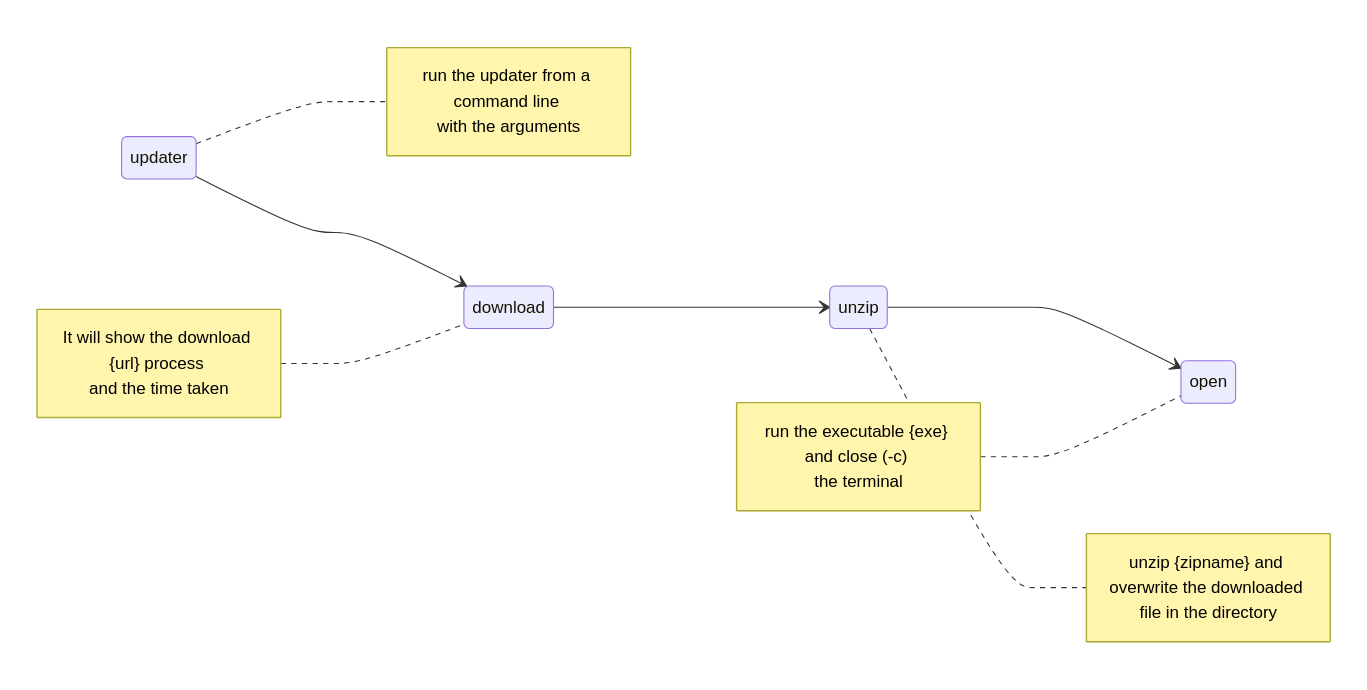
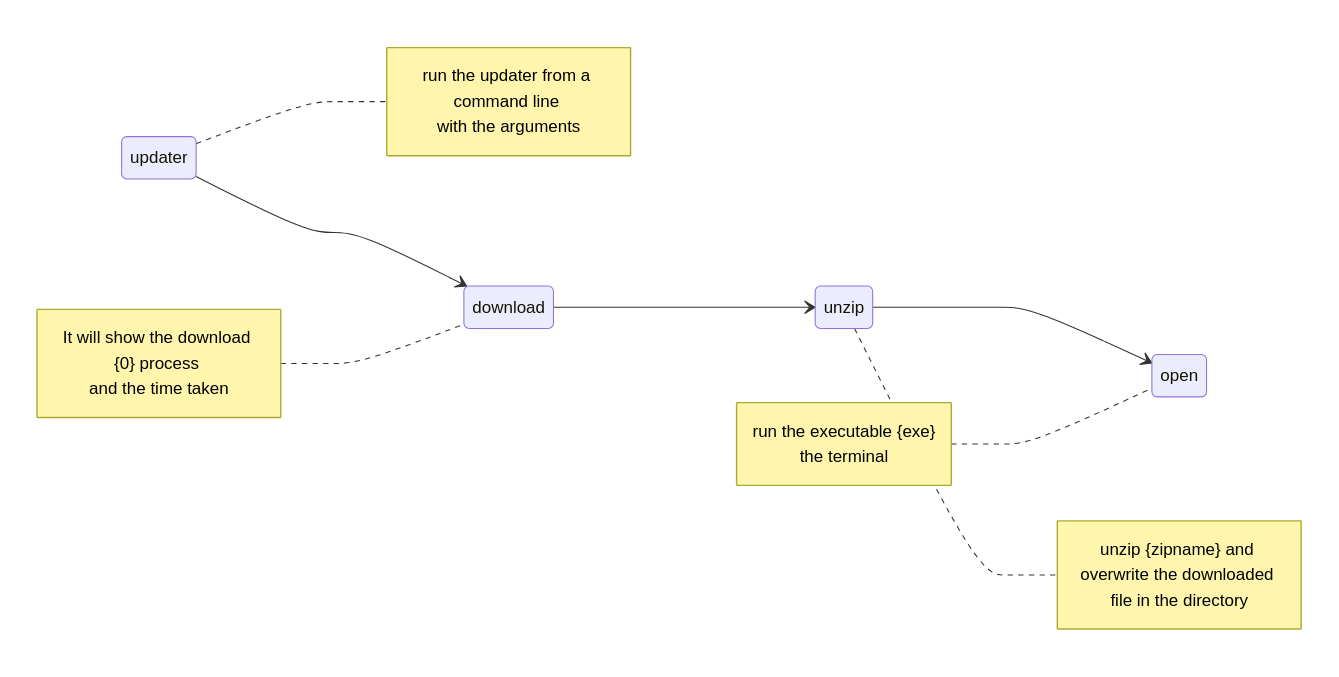
Before and after one commit to danijerez/updater: the diagram in README.md, drawn with Mermaid. The commit also changed other lines of this file and 3 other files, not shown here.

````diff
--- a/README.md
+++ b/README.md
@@ -13,27 +21,27 @@
 ```mermaid
 stateDiagram-v2
     direction LR
     updater --> download
     download --> unzip
     unzip --> open
     
     note right of updater
         run the updater from a command line 
         with the arguments
     end note
 
     note left of download
-        It will show the download {url} process 
+        It will show the download {0} process 
         and the time taken
     end note
     
     note right of unzip
         unzip {zipname} and overwrite the downloaded 
         file in the directory
     end note
     
     note left of open
-        run the executable {exe} and close (-c) 
+        run the executable {exe}
         the terminal
     end note
 ```
````
